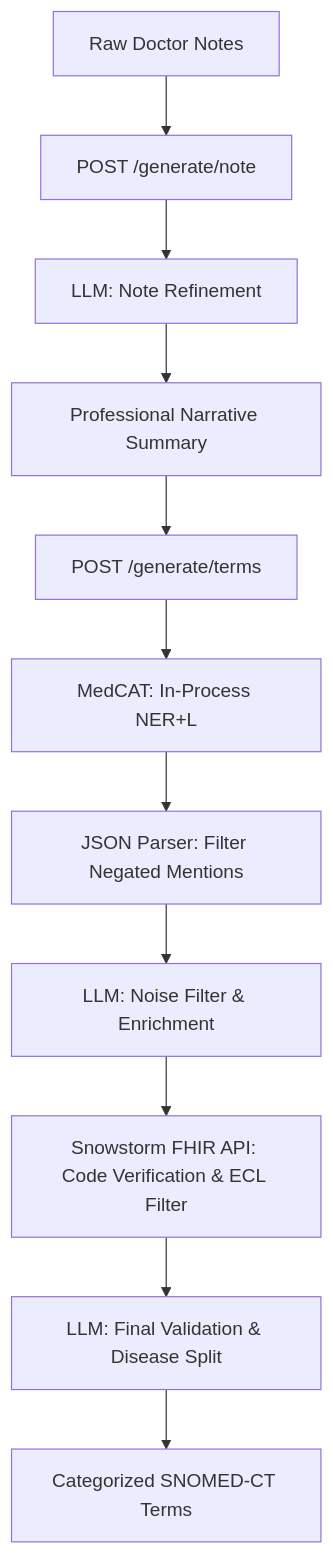
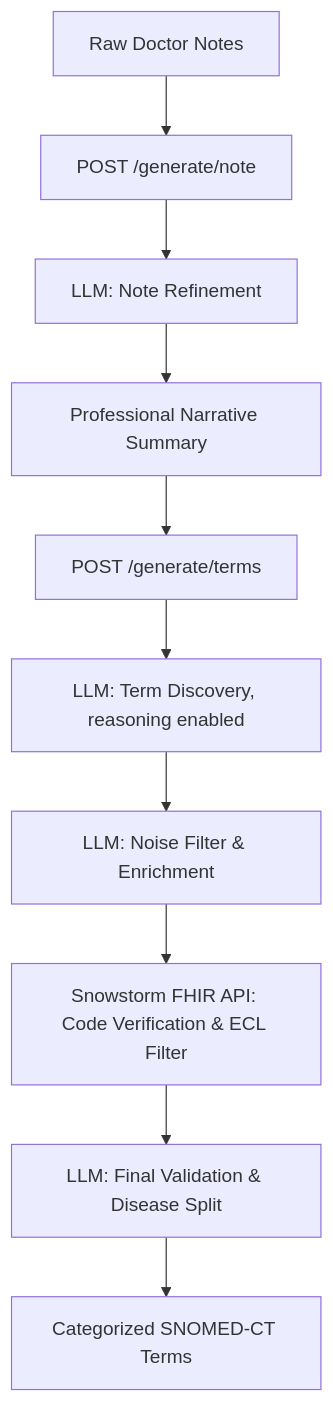
One commit to navioob/ctakes-rest-service-docker changed the diagram in api/README.md. Above: the diagram before and after it, drawn with Mermaid. The commit also changed other lines of this file and 23 other files, not shown here.

First line of the commit message:
feat: replace MedCAT with LLM-based reasoning term discovery

````diff
--- a/api/README.md
+++ b/api/README.md
@@ -11,13 +11,12 @@
 ```mermaid
 graph TD
     A[Raw Doctor Notes] --> B[POST /generate/note]
     B --> C[LLM: Note Refinement]
     C --> D[Professional Narrative Summary]
     D --> E[POST /generate/terms]
-    E --> F[MedCAT: In-Process NER+L]
-    F --> G[JSON Parser: Filter Negated Mentions]
-    G --> H[LLM: Noise Filter & Enrichment]
-    H --> I[Snowstorm FHIR API: Code Verification & ECL Filter]
-    I --> J[LLM: Final Validation & Disease Split]
-    J --> K[Categorized SNOMED-CT Terms]
+    E --> F[LLM: Term Discovery, reasoning enabled]
+    F --> G[LLM: Noise Filter & Enrichment]
+    G --> H[Snowstorm FHIR API: Code Verification & ECL Filter]
+    H --> I[LLM: Final Validation & Disease Split]
+    I --> J[Categorized SNOMED-CT Terms]
 ```
````
